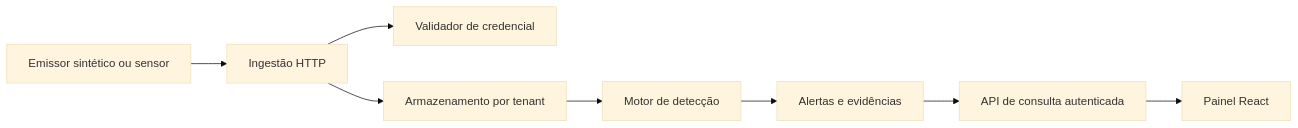
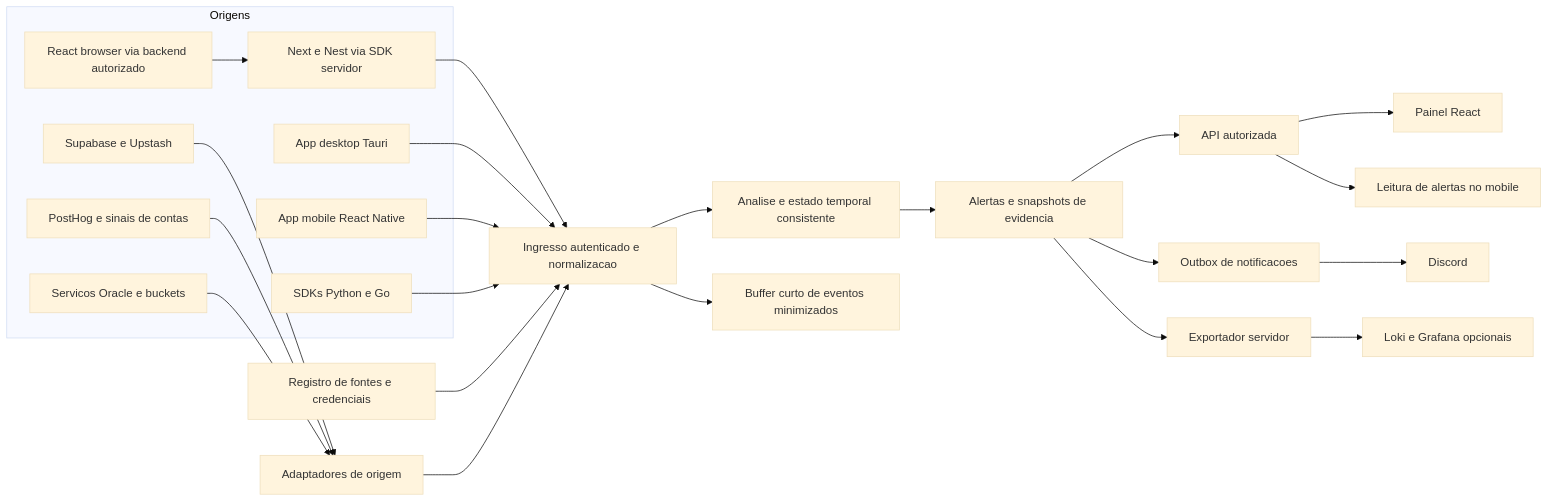
Before and after one commit to K1w1b1t/watch: the diagram in docs/ia/arquitetura.md, drawn with Mermaid (base theme). The commit also changed other lines of this file and 7 other files, not shown here.

Commit message:
docs: completar produtores mobile desktop SDKs e integrações

````diff
--- a/docs/ia/arquitetura.md
+++ b/docs/ia/arquitetura.md
@@ -33,10 +49,33 @@
 ```mermaid
 flowchart LR
-  S[Emissor sintético ou sensor] --> I[Ingestão HTTP]
-  I --> A[Validador de credencial]
-  I --> D[Armazenamento por tenant]
-  D --> E[Motor de detecção]
-  E --> L[Alertas e evidências]
-  L --> P[API de consulta autenticada]
-  P --> U[Painel React]
+  subgraph Origens
+    WEB[Next e Nest via SDK servidor]
+    B[React browser via backend autorizado]
+    DB[Supabase e Upstash]
+    PH[PostHog e sinais de contas]
+    PC[App desktop Tauri]
+    MB[App mobile React Native]
+    SDK[SDKs Python e Go]
+    OCI[Servicos Oracle e buckets]
+  end
+  B --> WEB
+  WEB --> I[Ingresso autenticado e normalizacao]
+  DB --> C[Adaptadores de origem]
+  PH --> C
+  OCI --> C
+  C --> I
+  PC --> I
+  MB --> I
+  SDK --> I
+  R[Registro de fontes e credenciais] --> I
+  I --> E[Analise e estado temporal consistente]
+  I --> S[Buffer curto de eventos minimizados]
+  E --> A[Alertas e snapshots de evidencia]
+  A --> API[API autorizada]
+  API --> UI[Painel React]
+  API --> MR[Leitura de alertas no mobile]
+  A --> N[Outbox de notificacoes]
+  N --> DC[Discord]
+  A --> X[Exportador servidor]
+  X --> G[Loki e Grafana opcionais]
 ```
````
